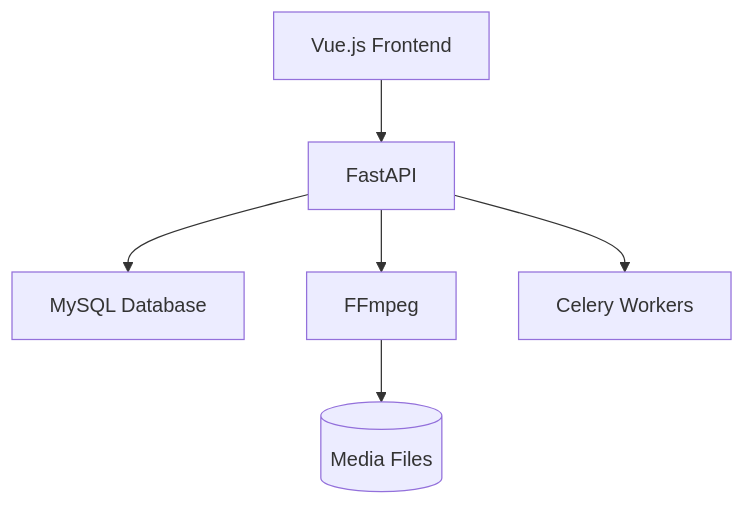
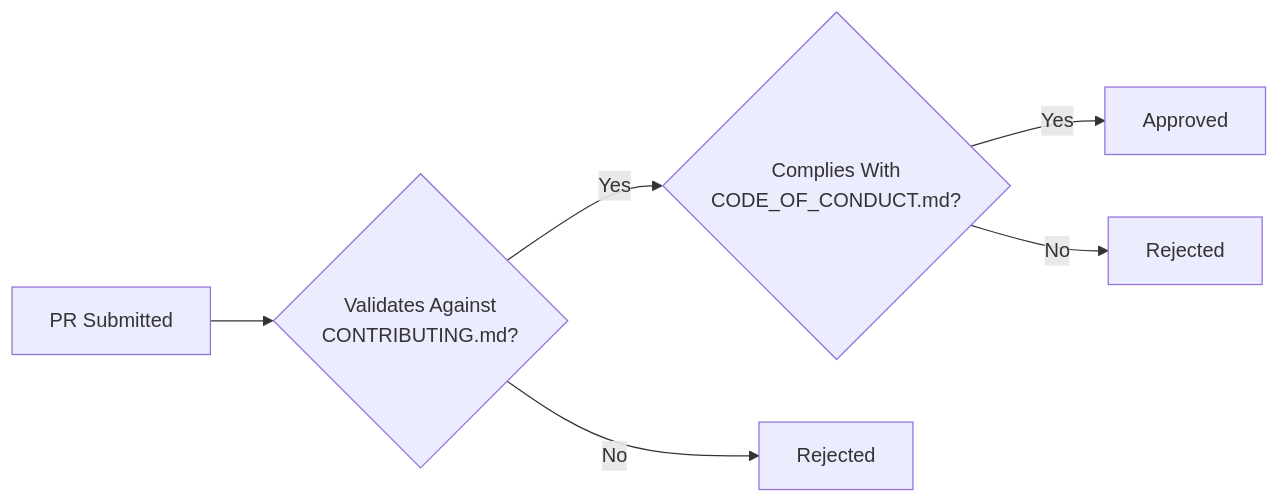
One commit to Vyx-Software/WildMediaServer changed the diagram in README.md. Above: the diagram before and after it, drawn with Mermaid. The commit also changed other lines of this file, not shown here.

````diff
--- a/README.md
+++ b/README.md
@@ -11,8 +33,8 @@
 ```mermaid
-graph TD
-    A[Vue.js Frontend] --> B[FastAPI]
-    B --> C[MySQL Database]
-    B --> D[FFmpeg]
-    B --> E[Celery Workers]
-    D --> F[(Media Files)]
+graph LR
+    A[PR Submitted] --> B{Validates Against<br>CONTRIBUTING.md?}
+    B -->|Yes| C{Complies With<br>CODE_OF_CONDUCT.md?}
+    B -->|No| D[Rejected]
+    C -->|Yes| E[Approved]
+    C -->|No| F[Rejected]
 ```
````
